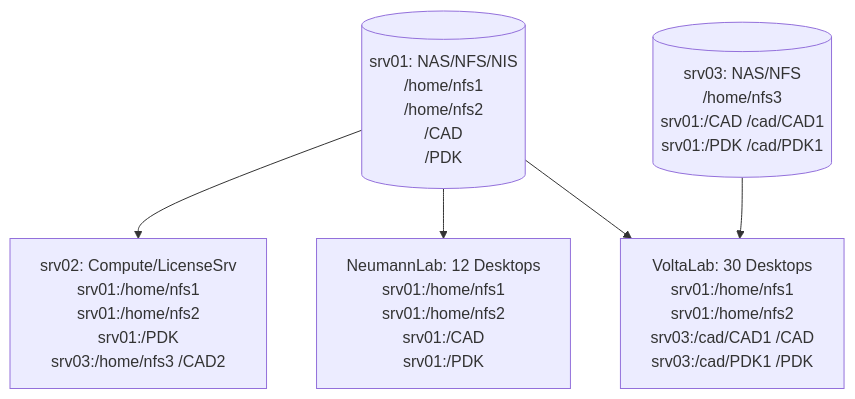
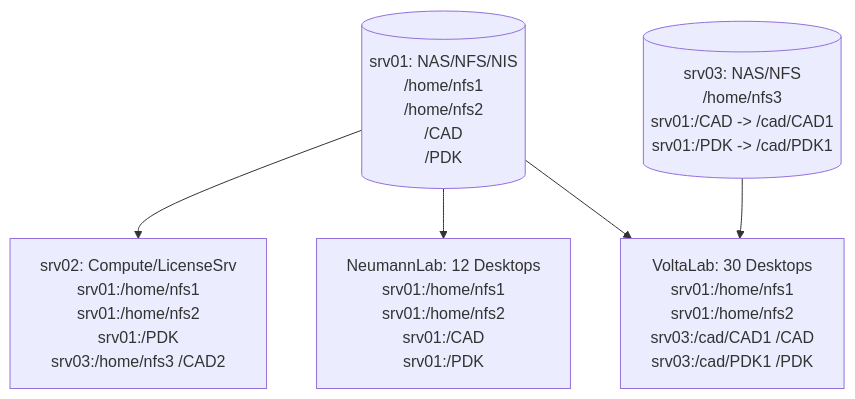
One commit to silicon-vlsi/silicon-vlsi.github.io changed the diagram in wiki/wiki-it.md. Above: the diagram before and after it, drawn with Mermaid. The commit also changed other lines of this file, not shown here.

````diff
--- a/wiki/wiki-it.md
+++ b/wiki/wiki-it.md
@@ -1297,20 +1287,20 @@
 ```mermaid
 
 graph TD;
 
   srv01[(srv01: NAS/NFS/NIS <br/> /home/nfs1 <br/> /home/nfs2 <br/> /CAD <br/> /PDK)];
 
-  srv03[(srv03: NAS/NFS <br/> /home/nfs3 <br/> srv01:/CAD  /cad/CAD1 <br/> srv01:/PDK  /cad/PDK1)];
+  srv03[(srv03: NAS/NFS <br/> /home/nfs3 <br/> srv01:/CAD  -> /cad/CAD1 <br/> srv01:/PDK  -> /cad/PDK1)];
 
   srv02[ srv02: Compute/LicenseSrv <br/> srv01:/home/nfs1 <br/> srv01:/home/nfs2 <br/> srv01:/PDK <br/> srv03:/home/nfs3  /CAD2 ];
 
   voltaLab[VoltaLab: 30 Desktops <br/> srv01:/home/nfs1 <br/>  srv01:/home/nfs2 <br/> srv03:/cad/CAD1  /CAD <br/> srv03:/cad/PDK1  /PDK ];
 
   neumannLab[NeumannLab: 12 Desktops <br/> srv01:/home/nfs1 <br/> srv01:/home/nfs2 <br/> srv01:/CAD <br/> srv01:/PDK ];
 
   srv01 --> srv02;
   srv01 --> neumannLab;
   srv01 --> voltaLab;
   srv03 --> voltaLab;
   
 ```
````
